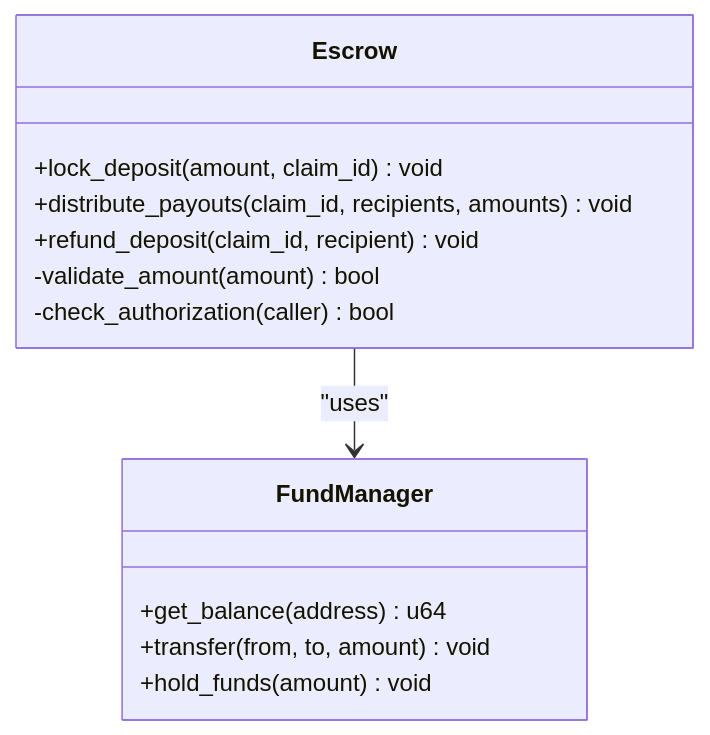
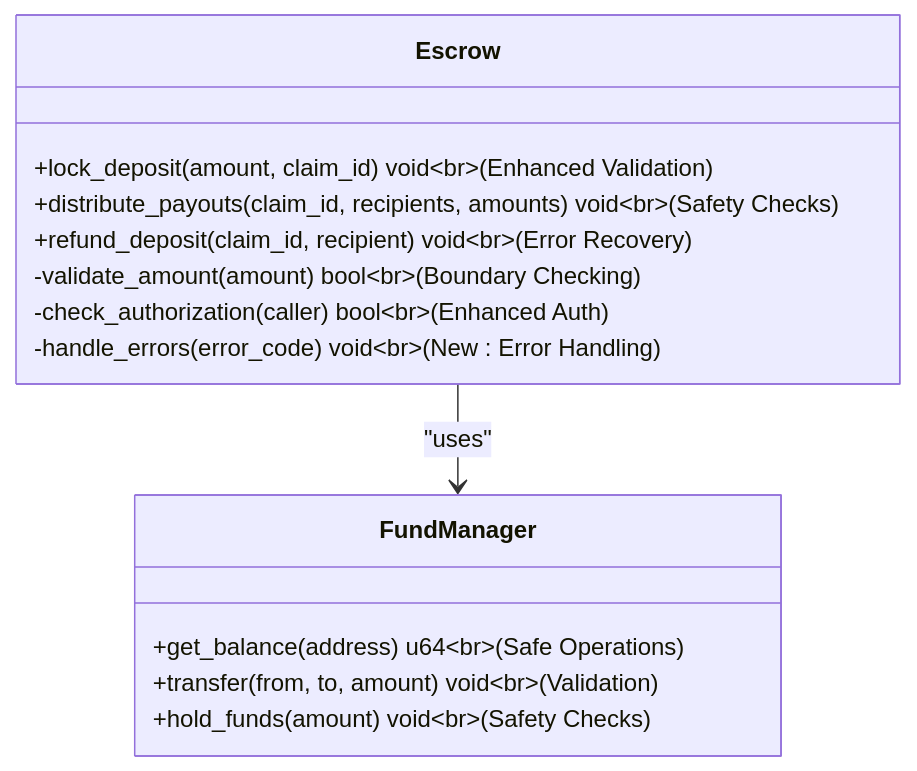
The fourth of 7 diagrams in .qoder/repowiki/en/content/Smart Contracts/Settlement Engine.md (hieudepoet/Insurix), drawn with Mermaid before and after one commit. The commit also changed other lines of this file and 73 other files, not shown here.

````diff
--- a/.qoder/repowiki/en/content/Smart Contracts/Settlement Engine.md
+++ b/.qoder/repowiki/en/content/Smart Contracts/Settlement Engine.md
@@ -173,16 +194,17 @@
 ```mermaid
 classDiagram
 class Escrow {
-+lock_deposit(amount, claim_id) void
-+distribute_payouts(claim_id, recipients, amounts) void
-+refund_deposit(claim_id, recipient) void
--validate_amount(amount) bool
--check_authorization(caller) bool
++lock_deposit(amount, claim_id) void<br/>(Enhanced Validation)
++distribute_payouts(claim_id, recipients, amounts) void<br/>(Safety Checks)
++refund_deposit(claim_id, recipient) void<br/>(Error Recovery)
+-validate_amount(amount) bool<br/>(Boundary Checking)
+-check_authorization(caller) bool<br/>(Enhanced Auth)
+-handle_errors(error_code) void<br/>(New : Error Handling)
 }
 class FundManager {
-+get_balance(address) u64
-+transfer(from, to, amount) void
-+hold_funds(amount) void
++get_balance(address) u64<br/>(Safe Operations)
++transfer(from, to, amount) void<br/>(Validation)
++hold_funds(amount) void<br/>(Safety Checks)
 }
 Escrow --> FundManager : "uses"
 ```
````
